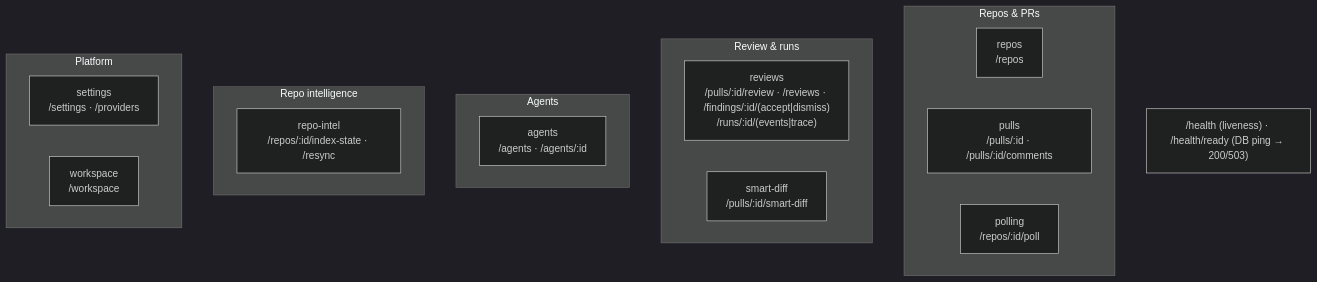
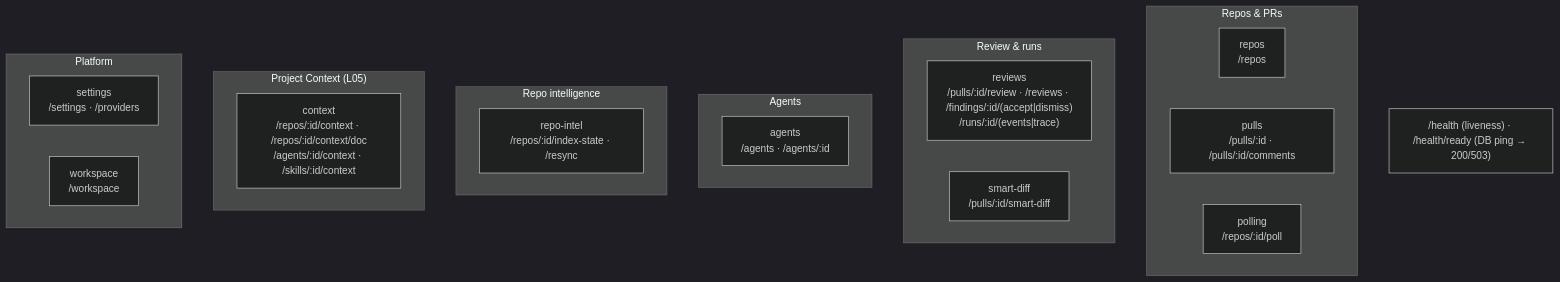
One commit to GAndriyS/dev-digest changed the second of 2 diagrams in server/README.md. Above: the diagram before and after it, drawn with Mermaid (dark theme). The commit also changed other lines of this file and 2 other files, not shown here.

Commit message:
docs(context): Project Context routes, PROJECT_CONTEXT_ROOTS, run-time injection (SPEC-01 step 12)

````diff
--- a/server/README.md
+++ b/server/README.md
@@ -64,23 +64,26 @@
 ```mermaid
 flowchart TB
   subgraph Repos_PRs["Repos & PRs"]
     repos["repos<br/>/repos"]
     pulls["pulls<br/>/pulls/:id · /pulls/:id/comments"]
     polling["polling<br/>/repos/:id/poll"]
   end
   subgraph Review["Review & runs"]
     reviews["reviews<br/>/pulls/:id/review · /reviews · /findings/:id/(accept|dismiss)<br/>/runs/:id/(events|trace)"]
     smartDiff["smart-diff<br/>/pulls/:id/smart-diff"]
   end
   subgraph Agents["Agents"]
     agents["agents<br/>/agents · /agents/:id"]
   end
   subgraph Intel["Repo intelligence"]
     repoIntel["repo-intel<br/>/repos/:id/index-state · /resync"]
   end
+  subgraph Context["Project Context (L05)"]
+    context["context<br/>/repos/:id/context · /repos/:id/context/doc<br/>/agents/:id/context · /skills/:id/context"]
+  end
   subgraph Platform["Platform"]
     settings["settings<br/>/settings · /providers"]
     workspace["workspace<br/>/workspace"]
   end
   HEALTH["/health (liveness) · /health/ready (DB ping → 200/503)"]
 ```
````
